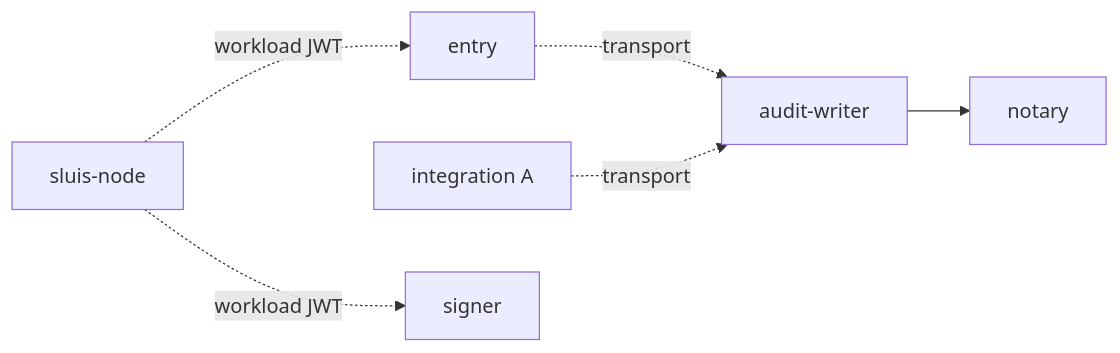
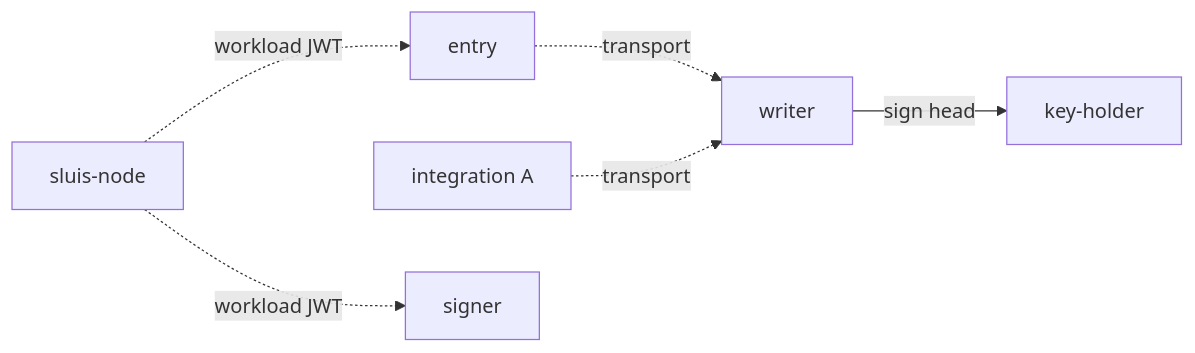
Before and after one commit to truvity/sluis: the third of 3 diagrams in docs/architecture/processes.md, drawn with Mermaid. The commit also changed other lines of this file and 56 other files, not shown here.

````diff
--- a/docs/architecture/processes.md
+++ b/docs/architecture/processes.md
@@ -164,8 +163,8 @@
 ```mermaid
 flowchart LR
-  entry["entry"] -.->|"transport"| aw["audit-writer"]
+  entry["entry"] -.->|"transport"| aw["writer"]
   gh["integration A"] -.->|"transport"| aw
-  aw --> notary["notary"]
+  aw -->|"sign head"| kh["key-holder"]
   agent["sluis-node"] -.->|"workload JWT"| entry
   agent -.->|"workload JWT"| signer["signer"]
 ```
````
